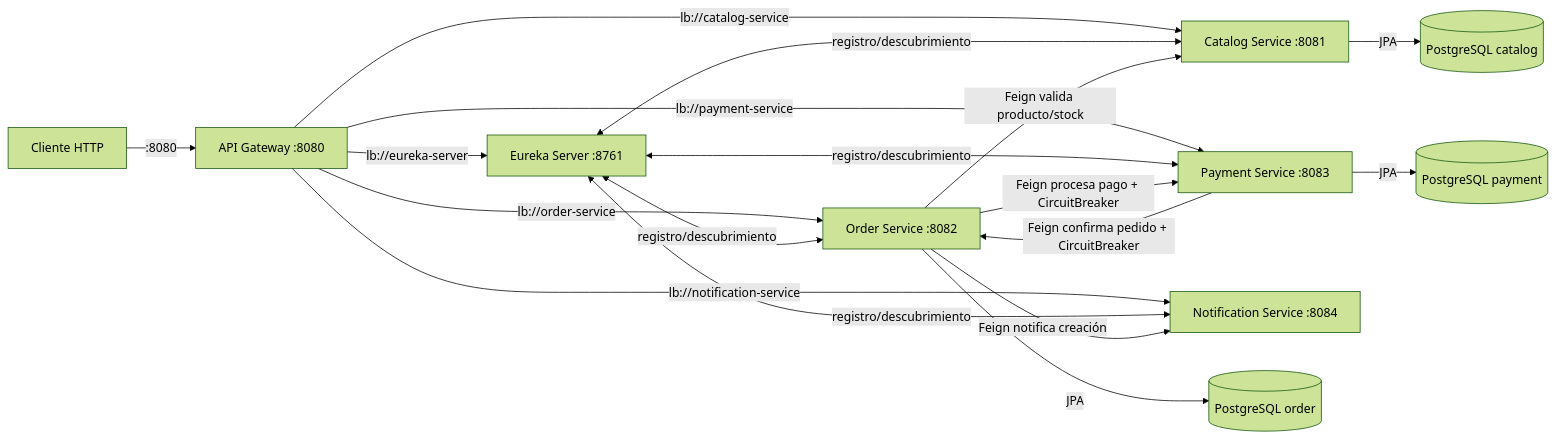
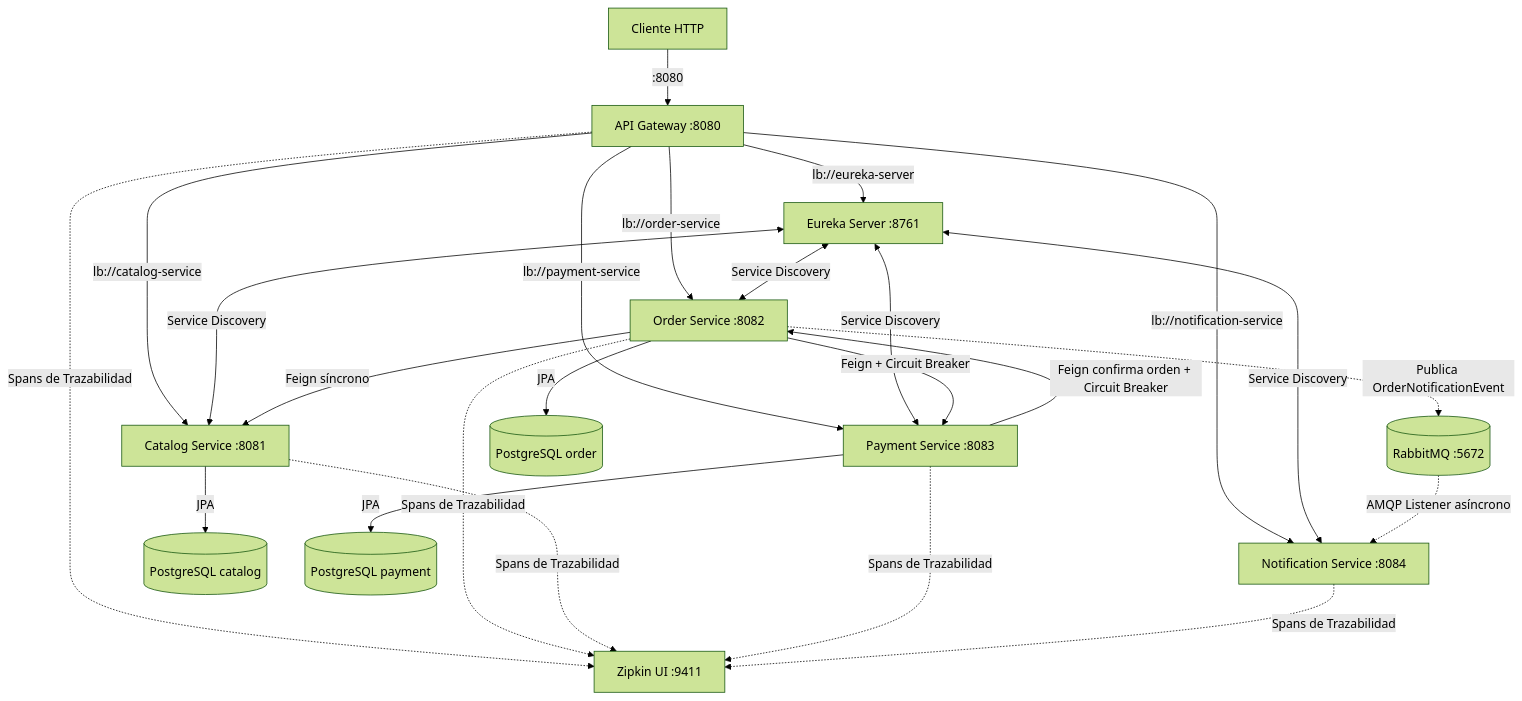
The diagram in README.md (Cheyernex/order-flow-microservices), drawn with Mermaid (forest theme) before and after one commit. The commit also changed other lines of this file and 19 other files, not shown here.

Commit message:
feat: implement RabbitMQ event-driven notification flow and messaging configurations across microservices

````diff
--- a/README.md
+++ b/README.md
@@ -20,24 +19,32 @@
 ```mermaid
-flowchart LR
+flowchart TD
     Client[Cliente HTTP] -->|:8080| Gateway[API Gateway :8080]
 
     Gateway -->|lb://eureka-server| Eureka[Eureka Server :8761]
     Gateway -->|lb://catalog-service| Catalog[Catalog Service :8081]
     Gateway -->|lb://order-service| Order[Order Service :8082]
     Gateway -->|lb://payment-service| Payment[Payment Service :8083]
     Gateway -->|lb://notification-service| Notif[Notification Service :8084]
 
-    Eureka <-->|registro/descubrimiento| Catalog
-    Eureka <-->|registro/descubrimiento| Order
-    Eureka <-->|registro/descubrimiento| Payment
-    Eureka <-->|registro/descubrimiento| Notif
+    Eureka <-->|Service Discovery| Catalog
+    Eureka <-->|Service Discovery| Order
+    Eureka <-->|Service Discovery| Payment
+    Eureka <-->|Service Discovery| Notif
 
-    Order -->|Feign valida producto/stock| Catalog
-    Order -->|Feign procesa pago + CircuitBreaker| Payment
-    Payment -->|Feign confirma pedido + CircuitBreaker| Order
-    Order -->|Feign notifica creación| Notif
+    Order -->|Feign síncrono| Catalog
+    Order -->|Feign + Circuit Breaker| Payment
+    Payment -->|Feign confirma orden + Circuit Breaker| Order
+
+    Order -.->|Publica OrderNotificationEvent| RabbitMQ[(RabbitMQ :5672)]
+    RabbitMQ -.->|AMQP Listener asíncrono| Notif
+
+    Gateway -.->|Spans de Trazabilidad| Zipkin[Zipkin UI :9411]
+    Order -.->|Spans de Trazabilidad| Zipkin
+    Catalog -.->|Spans de Trazabilidad| Zipkin
+    Payment -.->|Spans de Trazabilidad| Zipkin
+    Notif -.->|Spans de Trazabilidad| Zipkin
 
     Catalog -->|JPA| PGC[(PostgreSQL catalog)]
     Order -->|JPA| PGO[(PostgreSQL order)]
     Payment -->|JPA| PGP[(PostgreSQL payment)]
 ```
````
